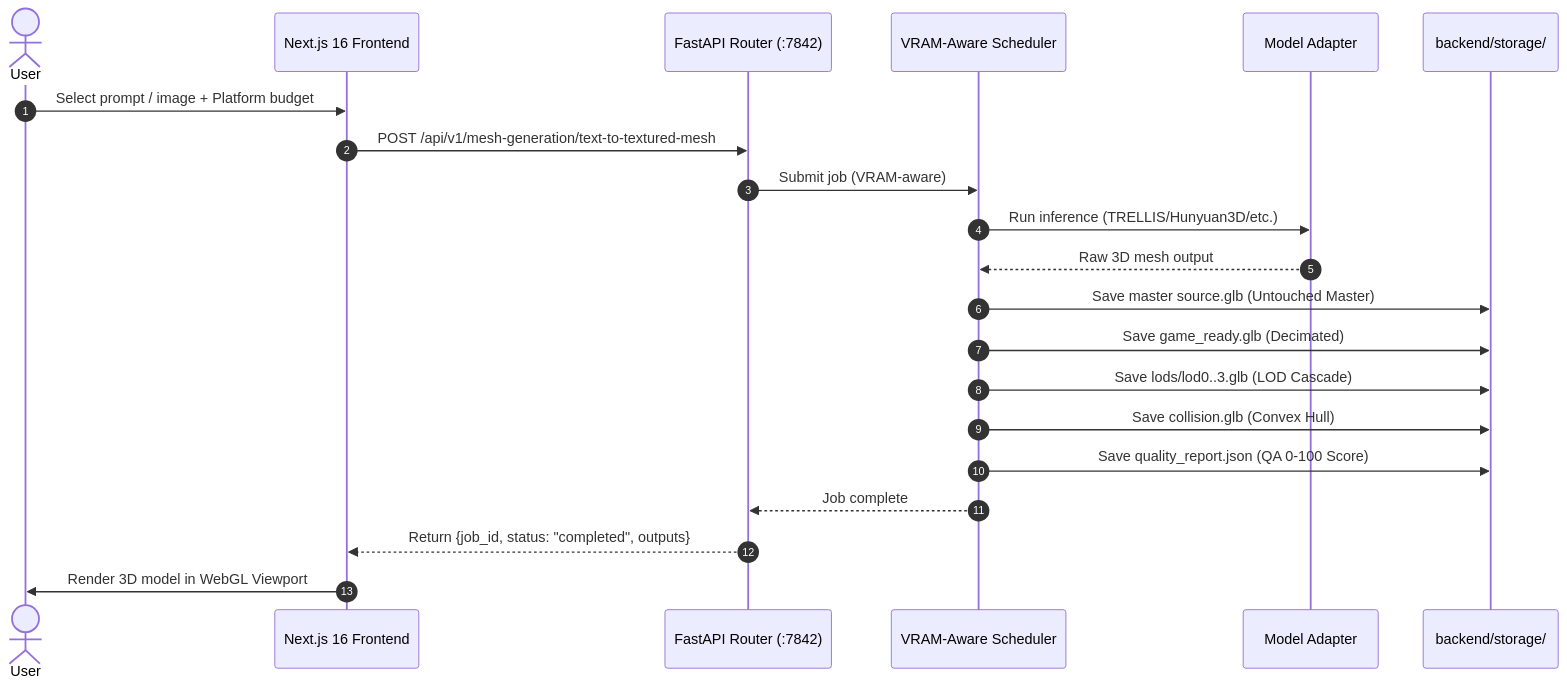
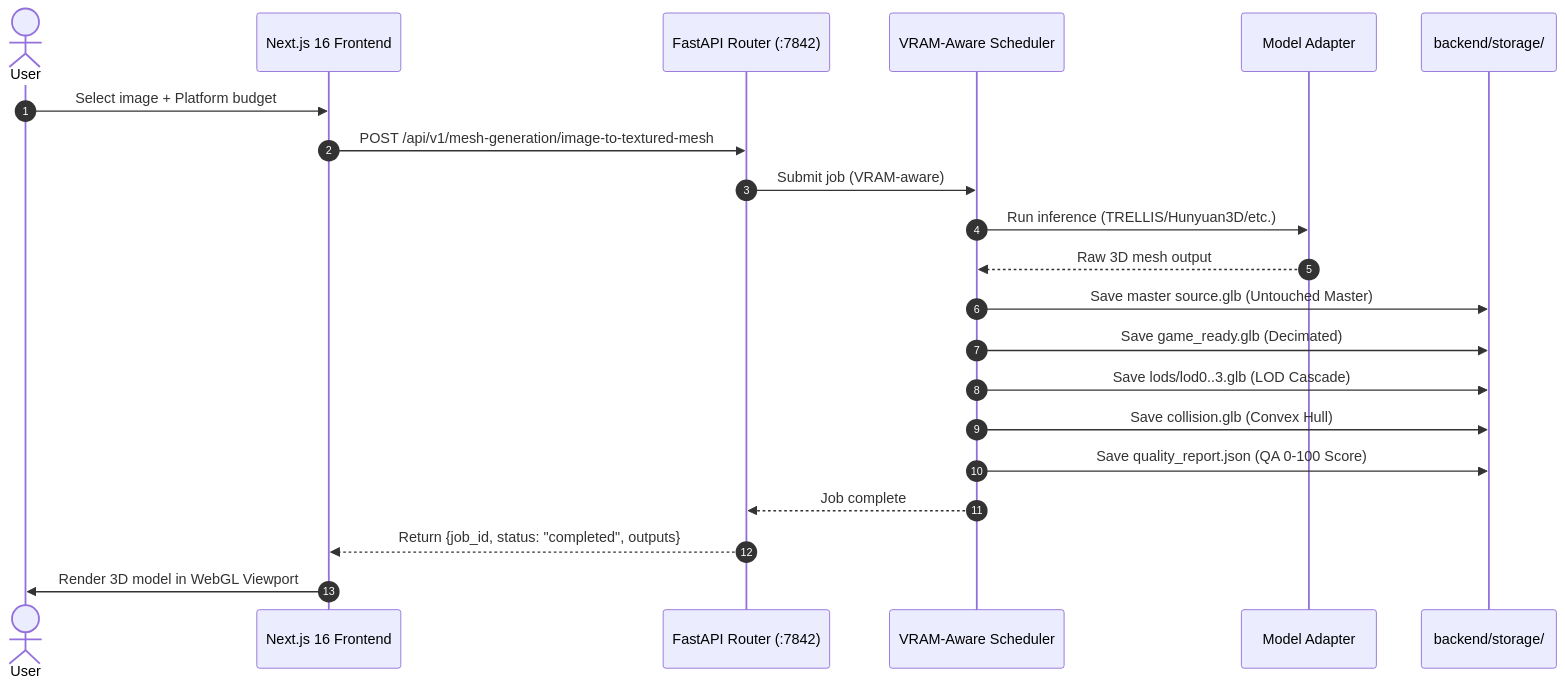
One commit to Silentzx2/ForMash3D changed the second of 3 diagrams in Docs/SYSTEM-BLUEPRINT.md. Above: the diagram before and after it, drawn with Mermaid. The commit also changed 32 other files, not shown here.

````diff
--- a/Docs/SYSTEM-BLUEPRINT.md
+++ b/Docs/SYSTEM-BLUEPRINT.md
@@ -109,24 +109,24 @@
 ```mermaid
 sequenceDiagram
     autonumber
     actor User
     participant Frontend as Next.js 16 Frontend
     participant API as FastAPI Router (:7842)
     participant SCHED as VRAM-Aware Scheduler
     participant Adapter as Model Adapter
     participant Storage as backend/storage/
 
-    User->>Frontend: Select prompt / image + Platform budget
-    Frontend->>API: POST /api/v1/mesh-generation/text-to-textured-mesh
+    User->>Frontend: Select image + Platform budget
+    Frontend->>API: POST /api/v1/mesh-generation/image-to-textured-mesh
     API->>SCHED: Submit job (VRAM-aware)
     SCHED->>Adapter: Run inference (TRELLIS/Hunyuan3D/etc.)
     Adapter-->>SCHED: Raw 3D mesh output
     SCHED->>Storage: Save master source.glb (Untouched Master)
     SCHED->>Storage: Save game_ready.glb (Decimated)
     SCHED->>Storage: Save lods/lod0..3.glb (LOD Cascade)
     SCHED->>Storage: Save collision.glb (Convex Hull)
     SCHED->>Storage: Save quality_report.json (QA 0-100 Score)
     SCHED-->>API: Job complete
     API-->>Frontend: Return {job_id, status: "completed", outputs}
     Frontend->>User: Render 3D model in WebGL Viewport
 ```
````
